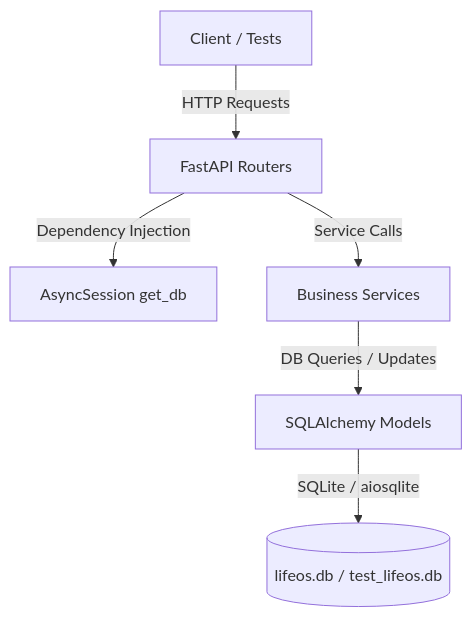
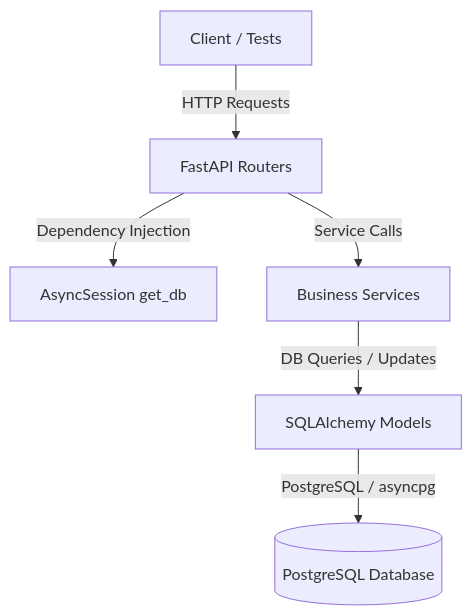
The diagram in docs/ARCHITECTURE.md (AbhishekYadav2207/LifeOS), drawn with Mermaid before and after one commit. The commit also changed other lines of this file and 24 other files, not shown here.

Commit message:
Migrate to PostgreSQL

````diff
--- a/docs/ARCHITECTURE.md
+++ b/docs/ARCHITECTURE.md
@@ -6,8 +6,8 @@
 ```mermaid
 graph TD
     Client[Client / Tests] -->|HTTP Requests| Router[FastAPI Routers]
     Router -->|Dependency Injection| DB[AsyncSession get_db]
     Router -->|Service Calls| SVC[Business Services]
     SVC -->|DB Queries / Updates| Models[SQLAlchemy Models]
-    Models -->|SQLite / aiosqlite| SQLite[(lifeos.db / test_lifeos.db)]
+    Models -->|PostgreSQL / asyncpg| Postgres[(PostgreSQL Database)]
 ```
````
